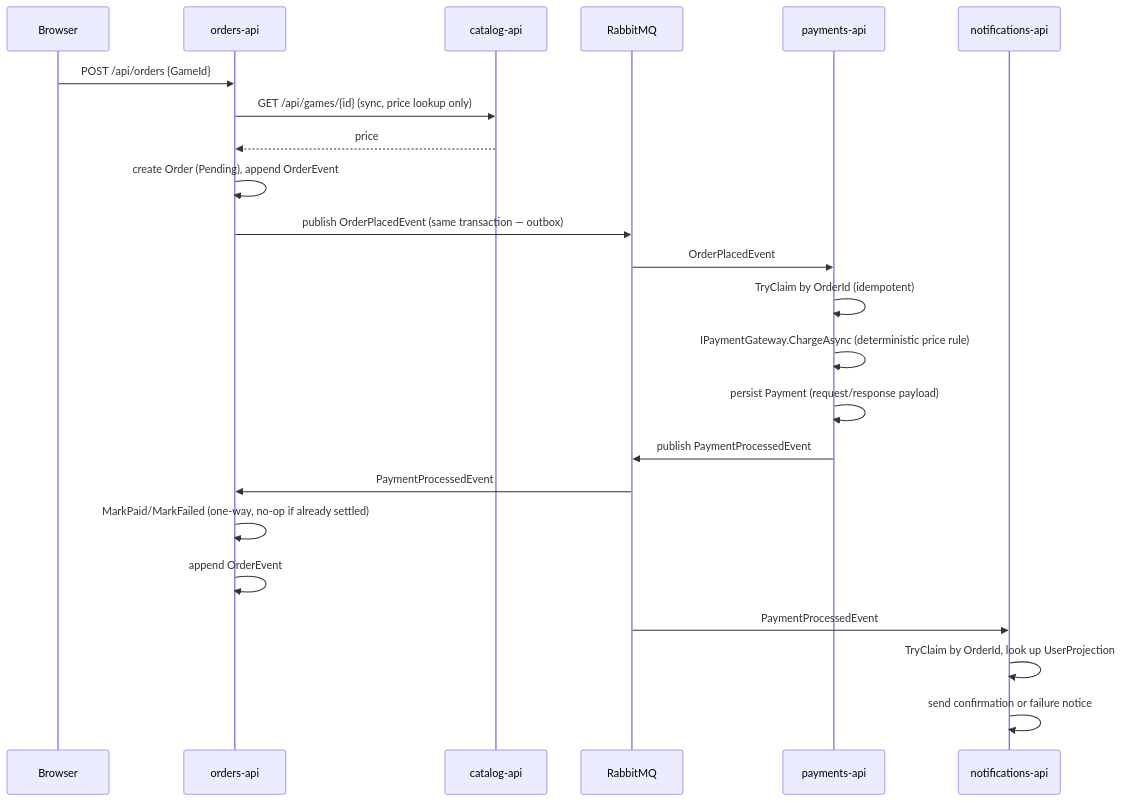
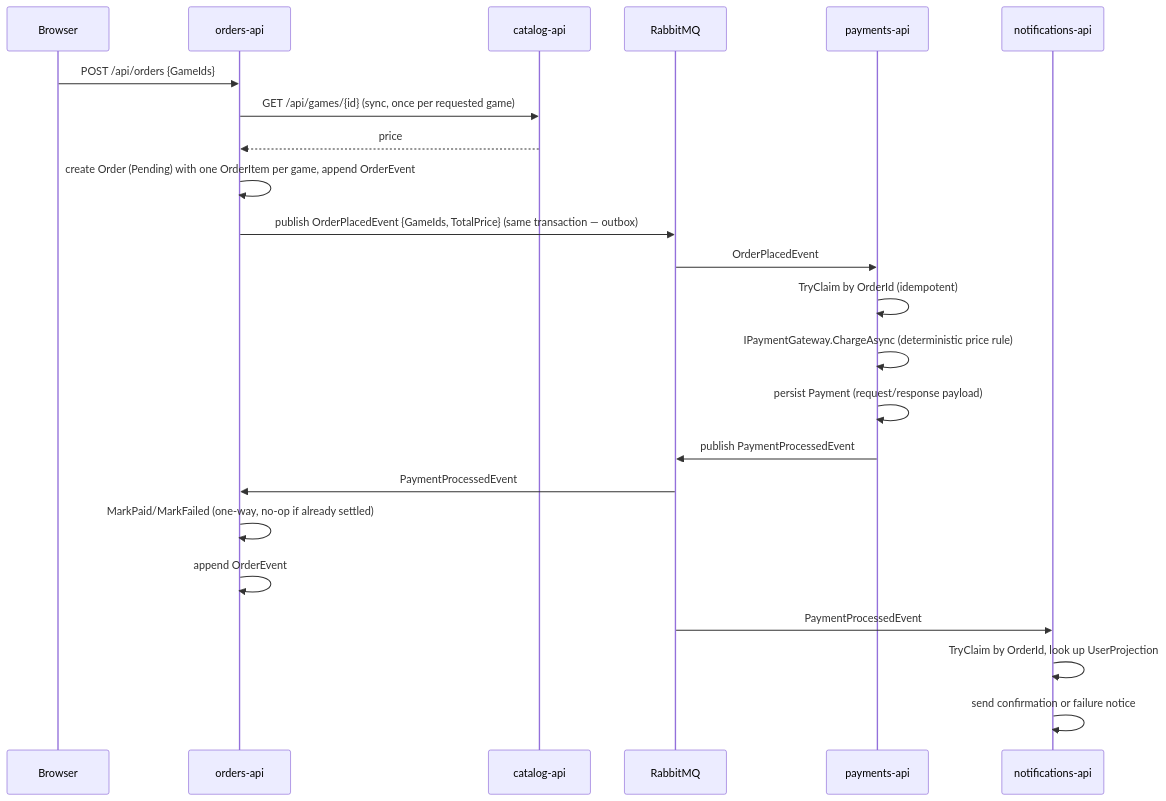
One commit to tc2-fiap/documentation changed the third of 5 diagrams in narrative/DOCUMENTATION.en-US.md. Above: the diagram before and after it, drawn with Mermaid. The commit also changed other lines of this file and 6 other files, not shown here.

First line of the commit message:
Record decisions 51-53: multi-item orders, DB ownership constraints, SSE

````diff
--- a/narrative/DOCUMENTATION.en-US.md
+++ b/narrative/DOCUMENTATION.en-US.md
@@ -131,26 +132,26 @@
 ```mermaid
 sequenceDiagram
     participant C as Browser
     participant O as orders-api
     participant Cat as catalog-api
     participant R as RabbitMQ
     participant P as payments-api
     participant N as notifications-api
 
-    C->>O: POST /api/orders {GameId}
-    O->>Cat: GET /api/games/{id}  (sync, price lookup only)
+    C->>O: POST /api/orders {GameIds}
+    O->>Cat: GET /api/games/{id}  (sync, once per requested game)
     Cat-->>O: price
-    O->>O: create Order (Pending), append OrderEvent
-    O->>R: publish OrderPlacedEvent (same transaction — outbox)
+    O->>O: create Order (Pending) with one OrderItem per game, append OrderEvent
+    O->>R: publish OrderPlacedEvent {GameIds, TotalPrice} (same transaction — outbox)
     R->>P: OrderPlacedEvent
     P->>P: TryClaim by OrderId (idempotent)
     P->>P: IPaymentGateway.ChargeAsync (deterministic price rule)
     P->>P: persist Payment (request/response payload)
     P->>R: publish PaymentProcessedEvent
     R->>O: PaymentProcessedEvent
     O->>O: MarkPaid/MarkFailed (one-way, no-op if already settled)
     O->>O: append OrderEvent
     R->>N: PaymentProcessedEvent
     N->>N: TryClaim by OrderId, look up UserProjection
     N->>N: send confirmation or failure notice
 ```
````
